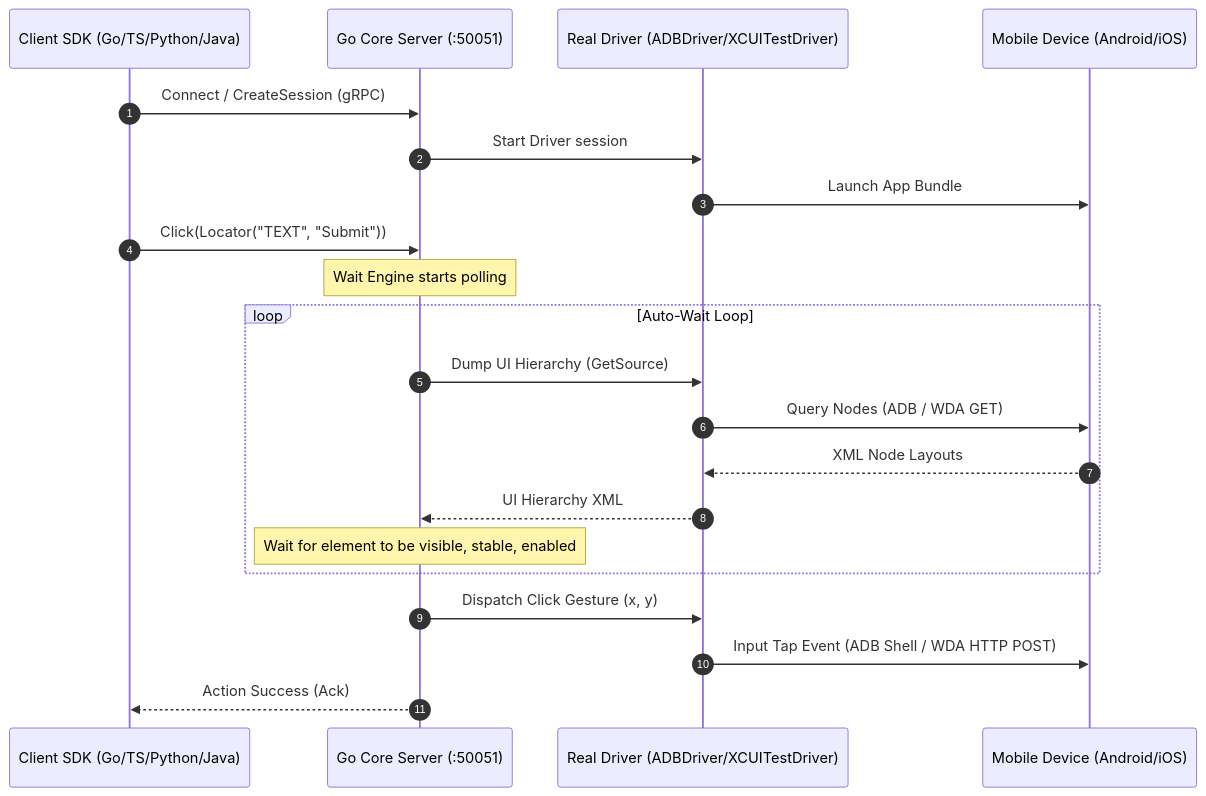
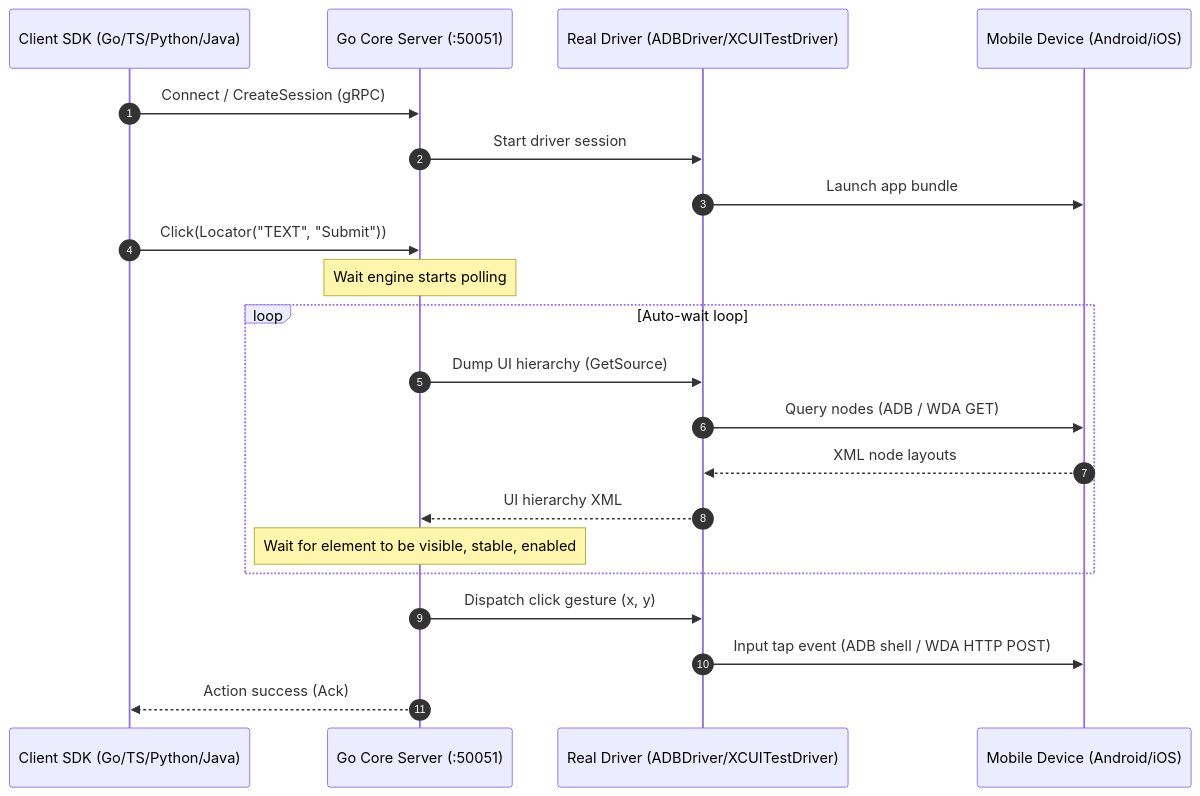
Before and after one commit to ranjith035/morego: the diagram in README.md, drawn with Mermaid. The commit also changed other lines of this file and 17 other files, not shown here.

````diff
--- a/README.md
+++ b/README.md
@@ -27,24 +28,24 @@
 ```mermaid
 sequenceDiagram
     autonumber
     participant SDK as Client SDK (Go/TS/Python/Java)
     participant Core as Go Core Server (:50051)
     participant Driver as Real Driver (ADBDriver/XCUITestDriver)
     participant Device as Mobile Device (Android/iOS)
 
     SDK->>Core: Connect / CreateSession (gRPC)
-    Core->>Driver: Start Driver session
-    Driver->>Device: Launch App Bundle
+    Core->>Driver: Start driver session
+    Driver->>Device: Launch app bundle
     SDK->>Core: Click(Locator("TEXT", "Submit"))
-    Note over Core: Wait Engine starts polling
-    loop Auto-Wait Loop
-        Core->>Driver: Dump UI Hierarchy (GetSource)
-        Driver->>Device: Query Nodes (ADB / WDA GET)
-        Device-->>Driver: XML Node Layouts
-        Driver-->>Core: UI Hierarchy XML
+    Note over Core: Wait engine starts polling
+    loop Auto-wait loop
+        Core->>Driver: Dump UI hierarchy (GetSource)
+        Driver->>Device: Query nodes (ADB / WDA GET)
+        Device-->>Driver: XML node layouts
+        Driver-->>Core: UI hierarchy XML
         Note over Core: Wait for element to be visible, stable, enabled
     end
-    Core->>Driver: Dispatch Click Gesture (x, y)
-    Driver->>Device: Input Tap Event (ADB Shell / WDA HTTP POST)
-    Core-->>SDK: Action Success (Ack)
+    Core->>Driver: Dispatch click gesture (x, y)
+    Driver->>Device: Input tap event (ADB shell / WDA HTTP POST)
+    Core-->>SDK: Action success (Ack)
 ```
````
